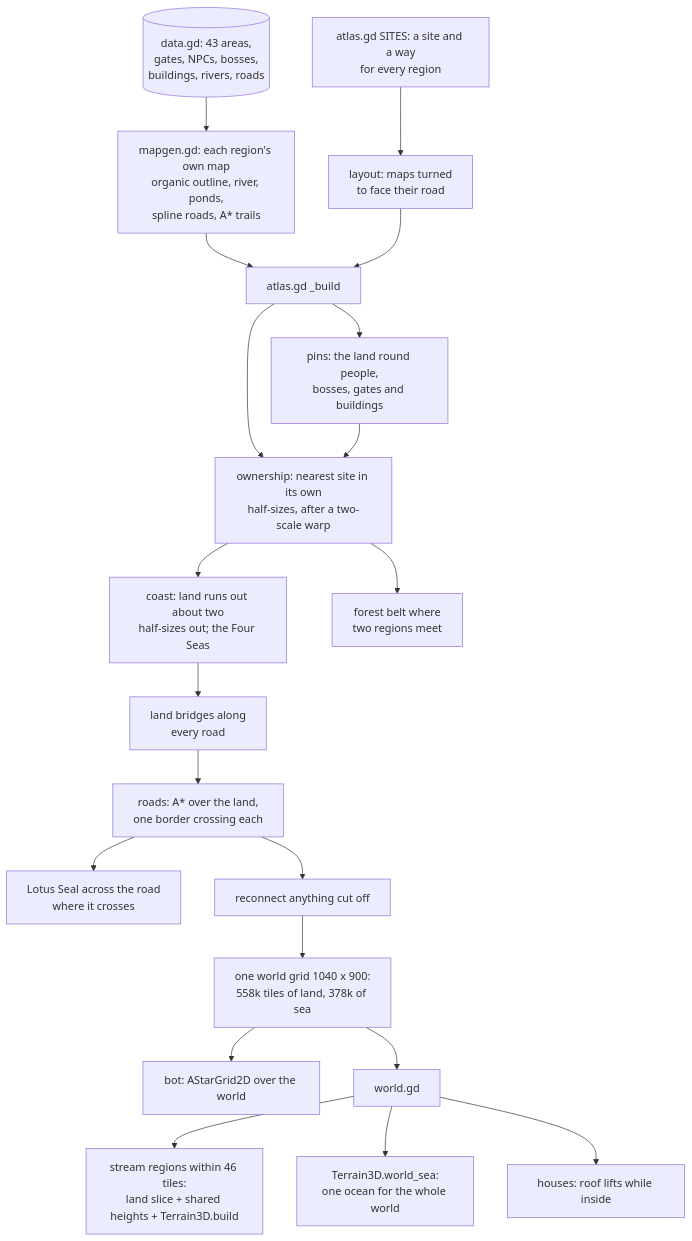
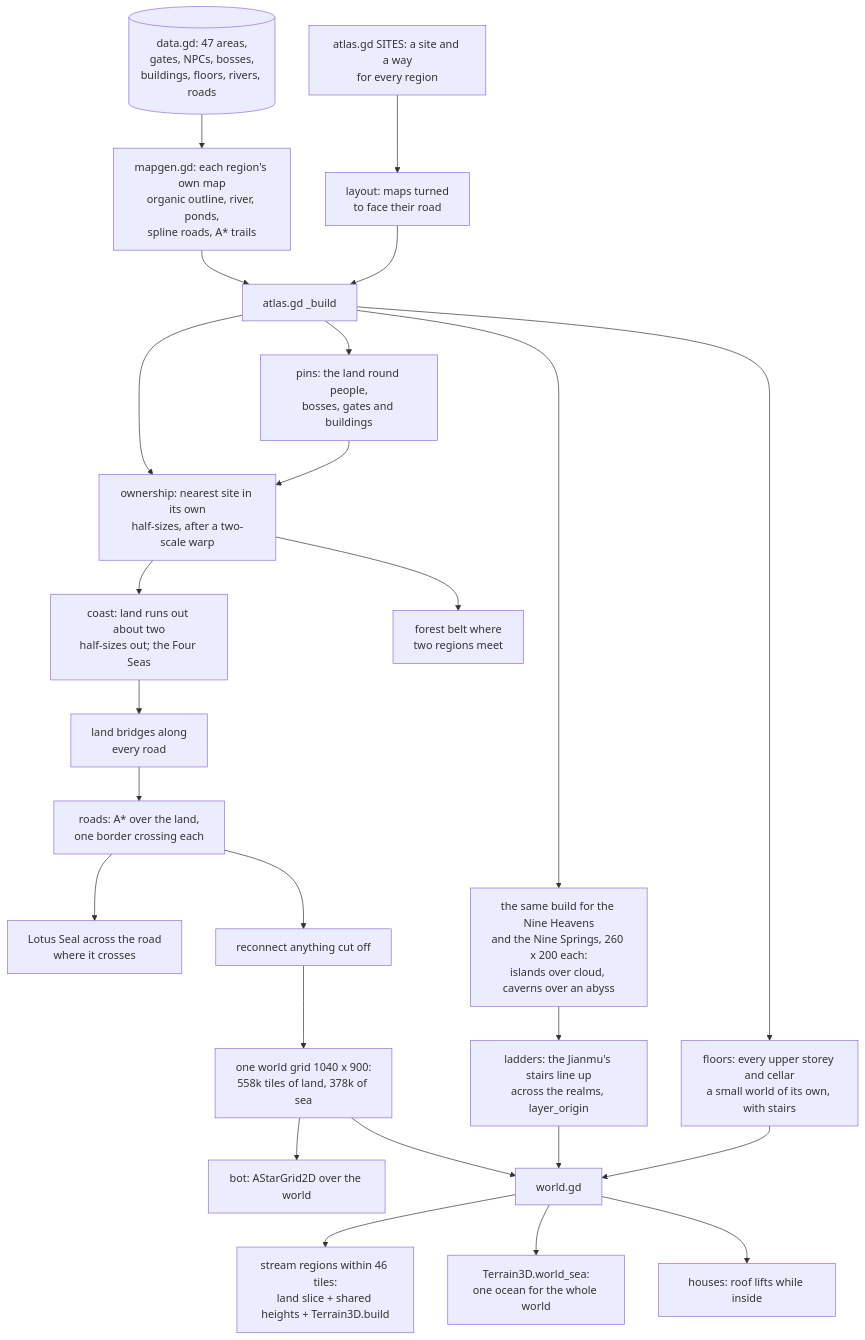
One commit to jgyy/timegox changed diagram 11 of 19 in README.md. Above: the diagram before and after it, drawn with Mermaid. The commit also changed other lines of this file and 84 other files, not shown here.

Commit message:
Three realms, buildings with floors, six Daos, six peoples and Part XI (+1h18m) (#11)

````diff
--- a/README.md
+++ b/README.md
@@ -531,22 +629,27 @@
 ```mermaid
 flowchart TD
-    D[(data.gd: 43 areas,<br/>gates, NPCs, bosses,<br/>buildings, rivers, roads)] --> MG[mapgen.gd: each region's own map<br/>organic outline, river, ponds,<br/>spline roads, A* trails]
+    D[(data.gd: 47 areas,<br/>gates, NPCs, bosses,<br/>buildings, floors, rivers, roads)] --> MG[mapgen.gd: each region's own map<br/>organic outline, river, ponds,<br/>spline roads, A* trails]
     S[atlas.gd SITES: a site and a way<br/>for every region] --> L[layout: maps turned<br/>to face their road]
     MG --> AT[atlas.gd _build]
     L --> AT
     AT --> PIN[pins: the land round people,<br/>bosses, gates and buildings]
     AT --> OW[ownership: nearest site in its own<br/>half-sizes, after a two-scale warp]
     PIN --> OW
     OW --> SEA[coast: land runs out about two<br/>half-sizes out; the Four Seas]
     OW --> BE[forest belt where<br/>two regions meet]
     SEA --> IS[land bridges along<br/>every road]
     IS --> RO[roads: A* over the land,<br/>one border crossing each]
     RO --> SE[Lotus Seal across the road<br/>where it crosses]
     RO --> CO[reconnect anything cut off]
     CO --> G[one world grid 1040 x 900:<br/>558k tiles of land, 378k of sea]
     G --> BOT[bot: AStarGrid2D over the world]
     G --> W[world.gd]
     W --> STR[stream regions within 46 tiles:<br/>land slice + shared heights + Terrain3D.build]
     W --> SEAR[Terrain3D.world_sea:<br/>one ocean for the whole world]
     W --> IN[houses: roof lifts while inside]
+    AT --> RLM[the same build for the Nine Heavens<br/>and the Nine Springs, 260 x 200 each:<br/>islands over cloud, caverns over an abyss]
+    RLM --> LAD[ladders: the Jianmu's stairs line up<br/>across the realms, layer_origin]
+    AT --> FLR[floors: every upper storey and cellar<br/>a small world of its own, with stairs]
+    LAD --> W
+    FLR --> W
 ```
````
